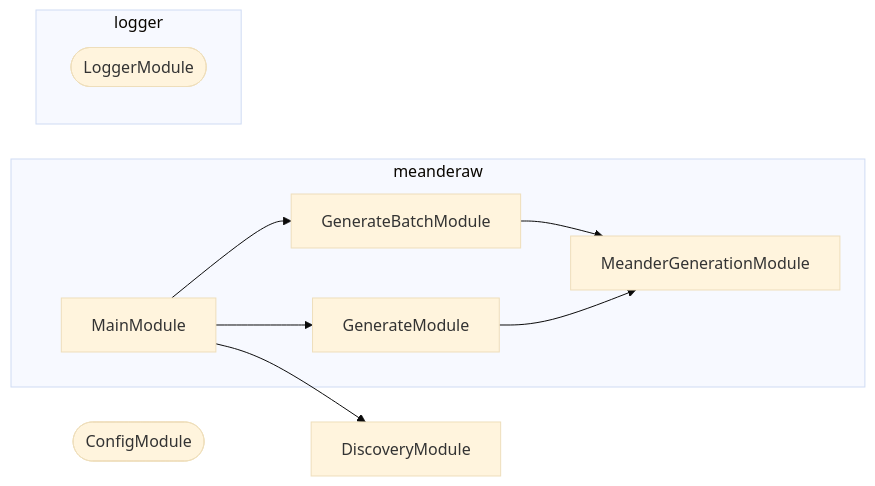
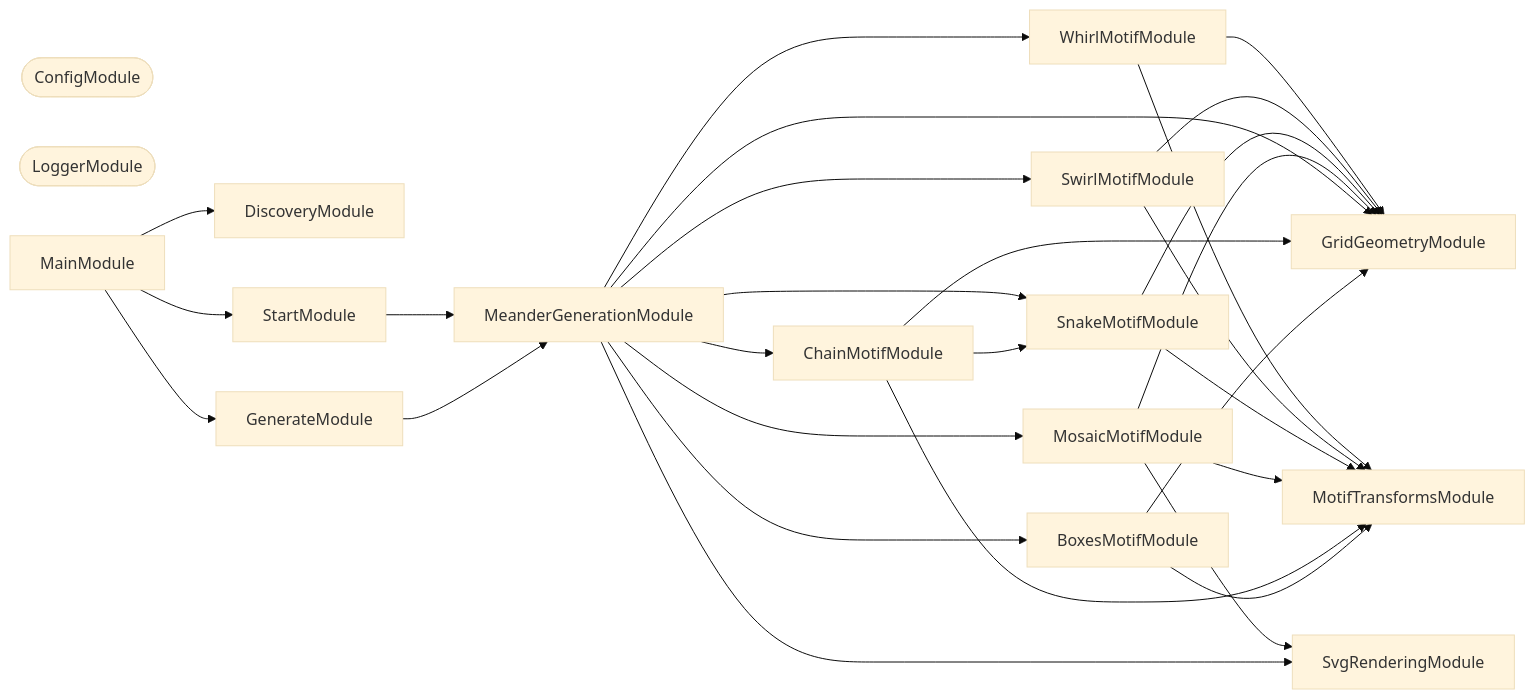
Before and after one commit to JimmyPaolini/codebase: the second of 5 diagrams in applications/meanderaw/README.md, drawn with Mermaid (base theme). The commit also changed other lines of this file and 90 other files, not shown here.

Commit message:
refactor(meanderaw): ♻️ split meander generation into per-motif service modules

````diff
--- a/applications/meanderaw/README.md
+++ b/applications/meanderaw/README.md
@@ -24,19 +24,46 @@
 ```mermaid
 flowchart LR
-  subgraph group0["meanderaw"]
-    GenerateBatchModule
-    GenerateModule
-    MainModule
-    MeanderGenerationModule
-  end
-  subgraph group1["logger"]
-    LoggerModule([LoggerModule])
-  end
+  BoxesMotifModule
+  ChainMotifModule
   ConfigModule([ConfigModule])
   DiscoveryModule
-  GenerateBatchModule --> MeanderGenerationModule
+  GenerateModule
+  GridGeometryModule
+  LoggerModule([LoggerModule])
+  MainModule
+  MeanderGenerationModule
+  MosaicMotifModule
+  MotifTransformsModule
+  SnakeMotifModule
+  StartModule
+  SvgRenderingModule
+  SwirlMotifModule
+  WhirlMotifModule
+  BoxesMotifModule --> GridGeometryModule
+  BoxesMotifModule --> MotifTransformsModule
+  ChainMotifModule --> GridGeometryModule
+  ChainMotifModule --> MotifTransformsModule
+  ChainMotifModule --> SnakeMotifModule
   GenerateModule --> MeanderGenerationModule
   MainModule --> DiscoveryModule
-  MainModule --> GenerateBatchModule
   MainModule --> GenerateModule
+  MainModule --> StartModule
+  MeanderGenerationModule --> BoxesMotifModule
+  MeanderGenerationModule --> ChainMotifModule
+  MeanderGenerationModule --> GridGeometryModule
+  MeanderGenerationModule --> MosaicMotifModule
+  MeanderGenerationModule --> SnakeMotifModule
+  MeanderGenerationModule --> SvgRenderingModule
+  MeanderGenerationModule --> SwirlMotifModule
+  MeanderGenerationModule --> WhirlMotifModule
+  MosaicMotifModule --> GridGeometryModule
+  MosaicMotifModule --> MotifTransformsModule
+  MosaicMotifModule --> SvgRenderingModule
+  SnakeMotifModule --> GridGeometryModule
+  SnakeMotifModule --> MotifTransformsModule
+  StartModule --> MeanderGenerationModule
+  SwirlMotifModule --> GridGeometryModule
+  SwirlMotifModule --> MotifTransformsModule
+  WhirlMotifModule --> GridGeometryModule
+  WhirlMotifModule --> MotifTransformsModule
 ```
````
